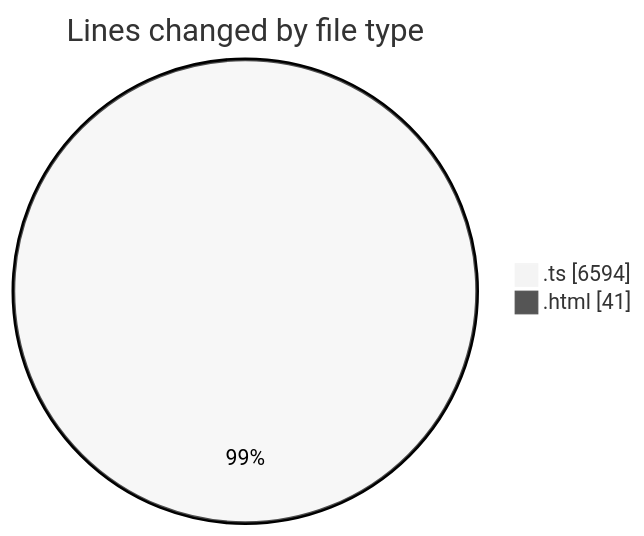
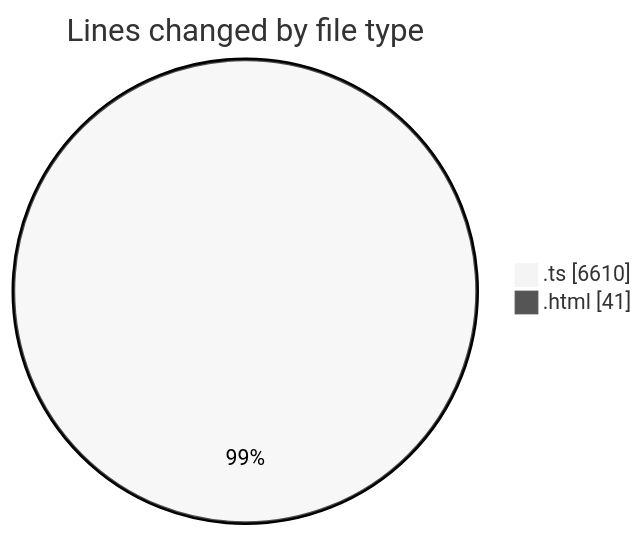
One commit to tmsrecording-cyber/code-tracking changed the first of 2 diagrams in 2026-02-08/singularitybrainai/README.md. Above: the diagram before and after it, drawn with Mermaid (neutral theme). The commit also changed other lines of this file and 1 other file, not shown here.

````diff
--- a/2026-02-08/singularitybrainai/README.md
+++ b/2026-02-08/singularitybrainai/README.md
@@ -31,6 +32,6 @@
 ```mermaid
 pie showData
 title Lines changed by file type
-".ts" : 6594
+".ts" : 6610
 ".html" : 41
 ```
````
